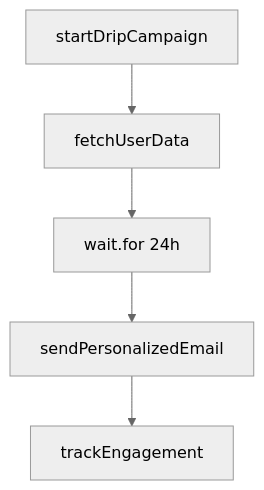
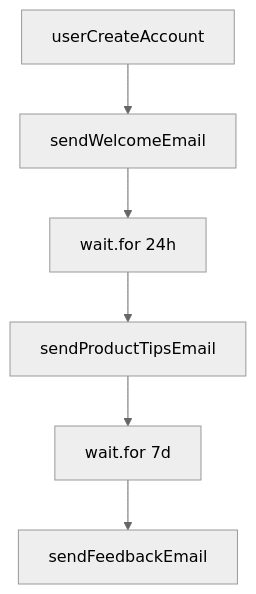
The first of 4 diagrams in docs/guides/use-cases/marketing.mdx (triggerdotdev/trigger.dev), drawn with Mermaid (neutral theme) before and after one commit. The commit also changed other lines of this file and 2 other files, not shown here.

Commit message:
Further diagram improvements

````diff
--- a/docs/guides/use-cases/marketing.mdx
+++ b/docs/guides/use-cases/marketing.mdx
@@ -63,7 +63,9 @@
 ```mermaid
 graph TB
-    A[startDripCampaign] --> B[fetchUserData]
+    A[userCreateAccount] --> B[sendWelcomeEmail]
     B --> C[wait.for 24h]
-    C --> D[sendPersonalizedEmail]
-    D --> E[trackEngagement]
+    C --> D[sendProductTipsEmail]
+    D --> E[wait.for 7d]
+    E --> F[sendFeedbackEmail]
+
 ```
````
